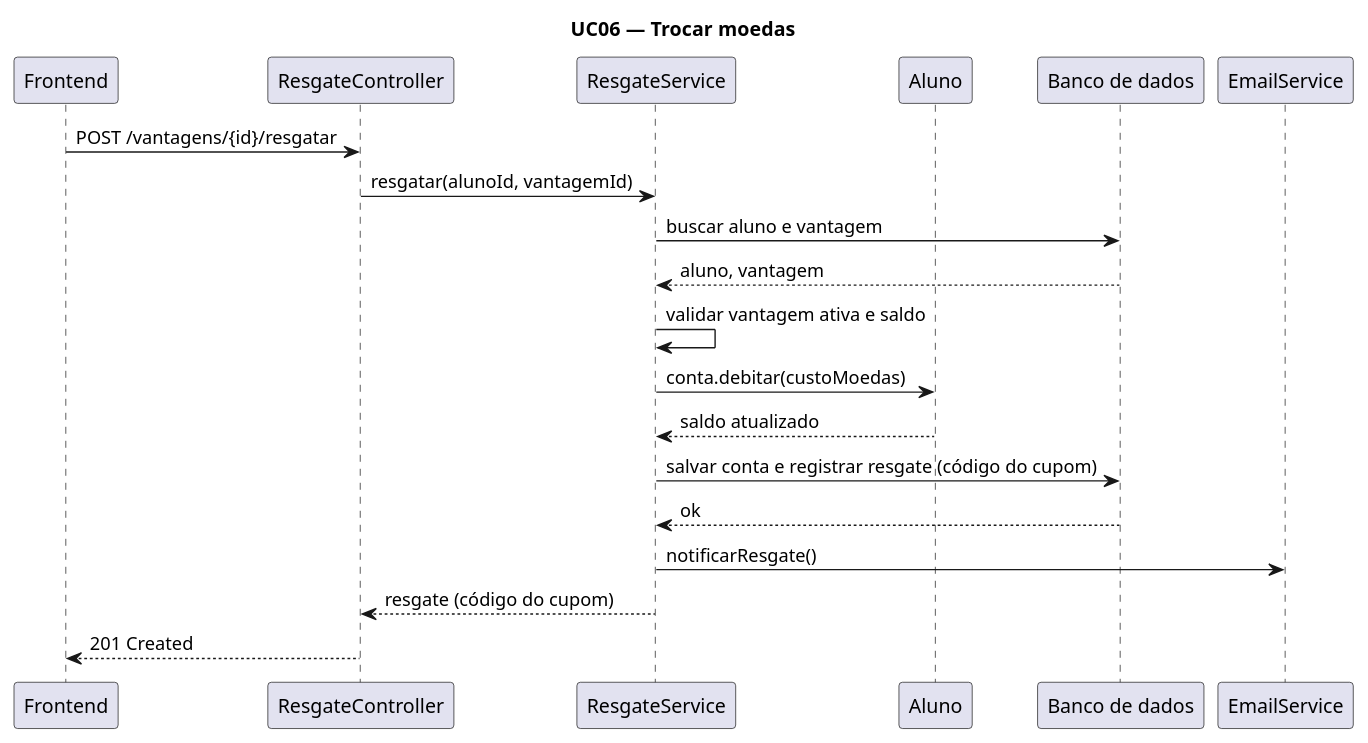
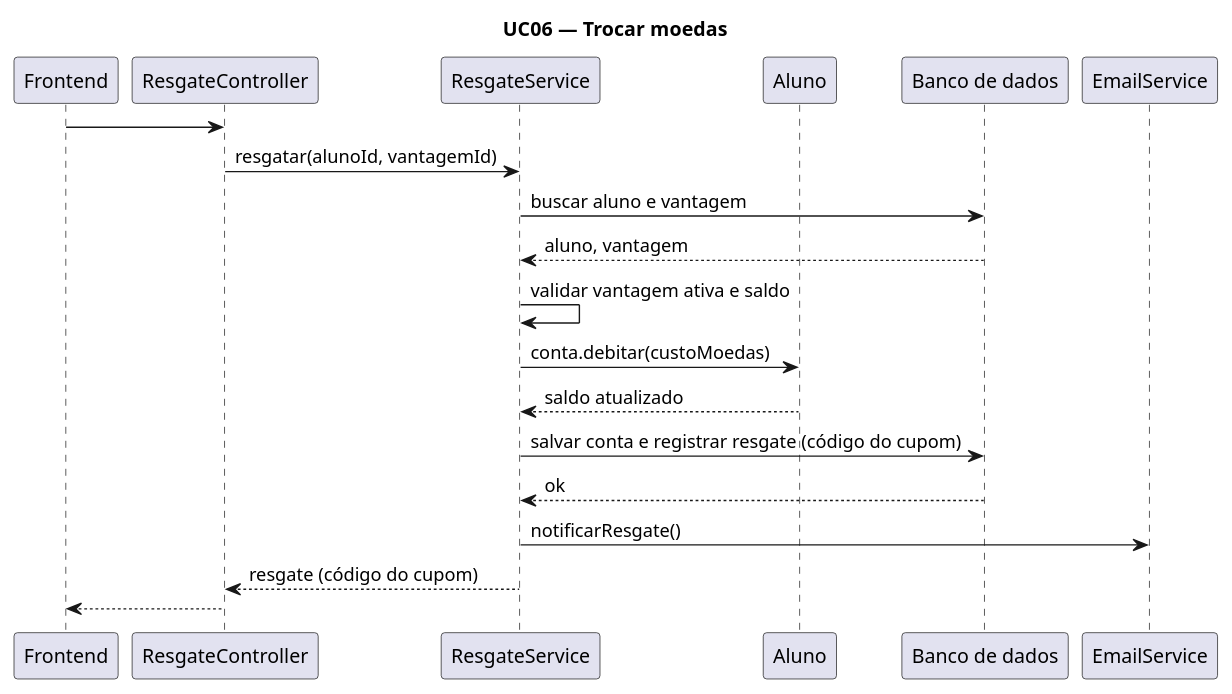
Before and after one commit to brunokilo/lab03-projetoSoftware: the diagram in docs/diagramas/diagrama-de-sequencia-trocar-moedas.puml, drawn with PlantUML. The commit also changed 4 other files, not shown here.

```diff
--- a/docs/diagramas/diagrama-de-sequencia-trocar-moedas.puml
+++ b/docs/diagramas/diagrama-de-sequencia-trocar-moedas.puml
@@ -1,23 +1,23 @@
 @startuml sequencia_trocar_moedas
 title UC06 — Trocar moedas
 
 participant Frontend
 participant ResgateController
 participant ResgateService
 participant "Aluno" as AlunoClasse
 participant "Banco de dados" as BD
 participant EmailService
 
-Frontend -> ResgateController : POST /vantagens/{id}/resgatar
+Frontend -> ResgateController : 
 ResgateController -> ResgateService : resgatar(alunoId, vantagemId)
 ResgateService -> BD : buscar aluno e vantagem
 BD --> ResgateService : aluno, vantagem
 ResgateService -> ResgateService : validar vantagem ativa e saldo
 ResgateService -> AlunoClasse : conta.debitar(custoMoedas)
 AlunoClasse --> ResgateService : saldo atualizado
 ResgateService -> BD : salvar conta e registrar resgate (código do cupom)
 BD --> ResgateService : ok
 ResgateService -> EmailService : notificarResgate()
 ResgateService --> ResgateController : resgate (código do cupom)
-ResgateController --> Frontend : 201 Created
+ResgateController --> Frontend : 
 @enduml
```
